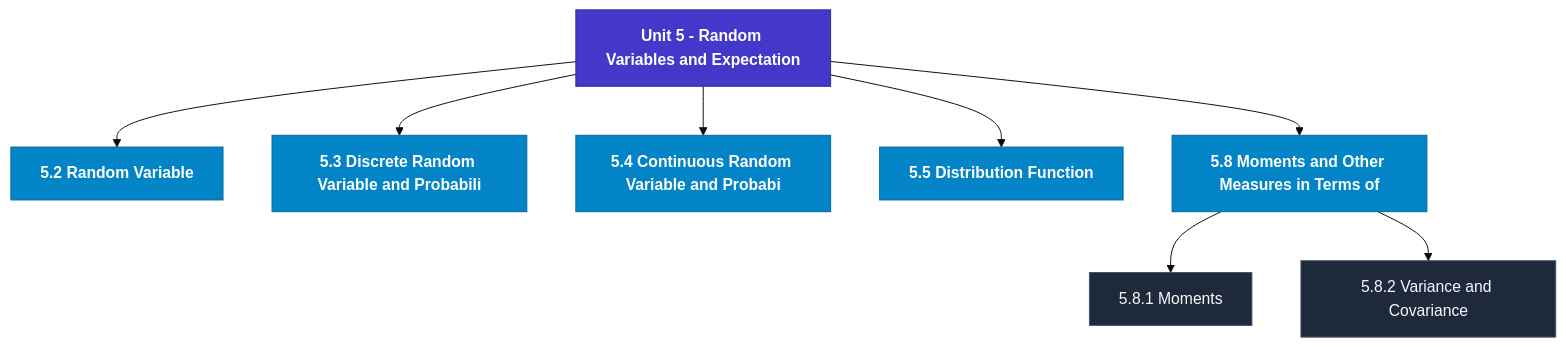
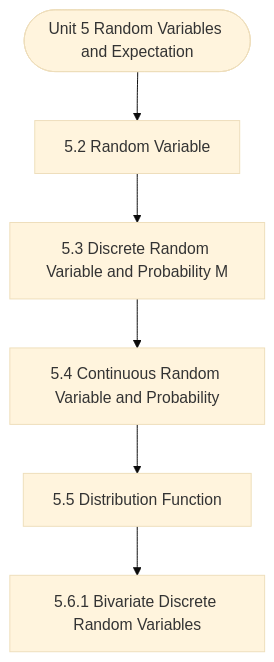
Before and after one commit to Asutosh-Coaching/mscdsa: the diagram in notes/Semester_2/MCS-066_Mathematical_Foundations_-_II/unit_05_Random_Variables_and_Expectation.md, drawn with Mermaid (base theme). The commit also changed other lines of this file and 115 other files, not shown here.

Commit message:
Fix Mermaid layout for mobile, isolate LaTeX delimiters, and add GitHub Pages reader

````diff
--- a/notes/Semester_2/MCS-066_Mathematical_Foundations_-_II/unit_05_Random_Variables_and_Expectation.md
+++ b/notes/Semester_2/MCS-066_Mathematical_Foundations_-_II/unit_05_Random_Variables_and_Expectation.md
@@ -19,23 +19,14 @@
 ```mermaid
 flowchart TD
-  %% Styling Definitions
-  classDef head fill:#4338ca,stroke:#312e81,color:#ffffff,font-weight:bold;
-  classDef topic fill:#0284c7,stroke:#0369a1,color:#ffffff,font-weight:600;
-  classDef sub fill:#1e293b,stroke:#475569,color:#f8fafc;
-
-  Root["Unit 5 - Random Variables and Expectation"]:::head
-  M1["5.2 Random Variable"]:::topic
-  Root --> M1
-  M2["5.3 Discrete Random Variable and Probabili"]:::topic
-  Root --> M2
-  M3["5.4 Continuous Random Variable and Probabi"]:::topic
-  Root --> M3
-  M4["5.5 Distribution Function"]:::topic
-  Root --> M4
-  M5["5.8 Moments and Other Measures in Terms of"]:::topic
-  Root --> M5
-  M5_1["5.8.1 Moments"]:::sub
-  M5 --> M5_1
-  M5_2["5.8.2 Variance and Covariance"]:::sub
-  M5 --> M5_2
+  Start(["Unit 5 Random Variables and Expectation"])
+  N1["5.2 Random Variable"]
+  N2["5.3 Discrete Random Variable and Probability M"]
+  N3["5.4 Continuous Random Variable and Probability"]
+  N4["5.5 Distribution Function"]
+  N5["5.6.1 Bivariate Discrete Random Variables"]
+  Start --> N1
+  N1 --> N2
+  N2 --> N3
+  N3 --> N4
+  N4 --> N5
 ```
````
